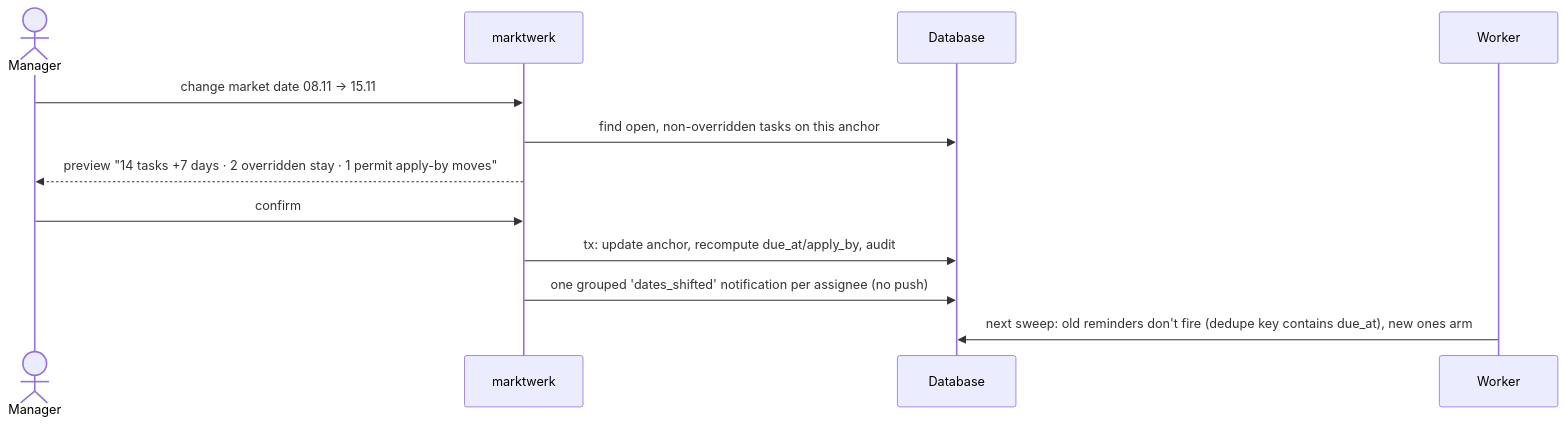
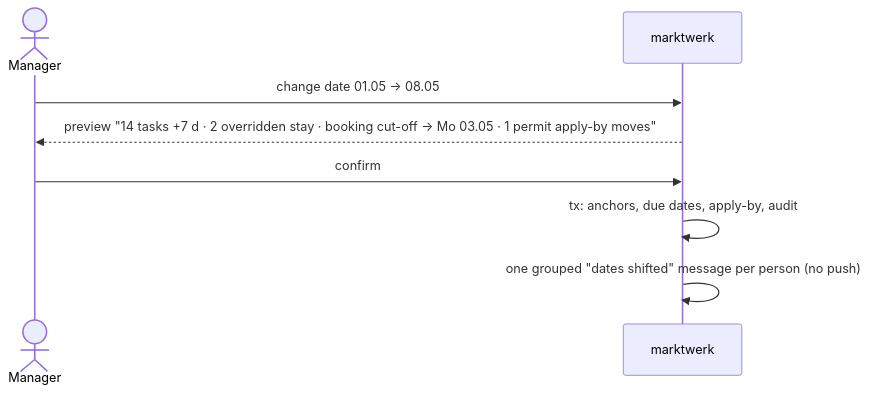
Before and after one commit to coelln-konzept/marktwerk: the fourth of 12 diagrams in docs/product/user-flows.md, drawn with Mermaid. The commit also changed other lines of this file and 36 other files, not shown here.

````diff
--- a/docs/product/user-flows.md
+++ b/docs/product/user-flows.md
@@ -38,14 +63,10 @@
 ```mermaid
 sequenceDiagram
     actor M as Manager
     participant App as marktwerk
-    participant DB as Database
-    participant W as Worker
-    M->>App: change market date 08.11 → 15.11
-    App->>DB: find open, non-overridden tasks on this anchor
-    App-->>M: preview "14 tasks +7 days · 2 overridden stay · 1 permit apply-by moves"
+    M->>App: change date 01.05 → 08.05
+    App-->>M: preview "14 tasks +7 d · 2 overridden stay · booking cut-off → Mo 03.05 · 1 permit apply-by moves"
     M->>App: confirm
-    App->>DB: tx: update anchor, recompute due_at/apply_by, audit
-    App->>DB: one grouped 'dates_shifted' notification per assignee (no push)
-    W->>DB: next sweep: old reminders don't fire (dedupe key contains due_at), new ones arm
+    App->>App: tx: anchors, due dates, apply-by, audit
+    App->>App: one grouped "dates shifted" message per person (no push)
 ```
````
